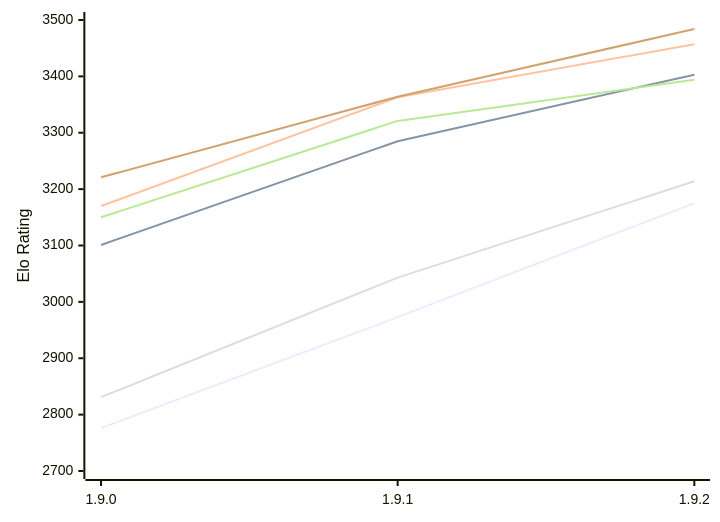
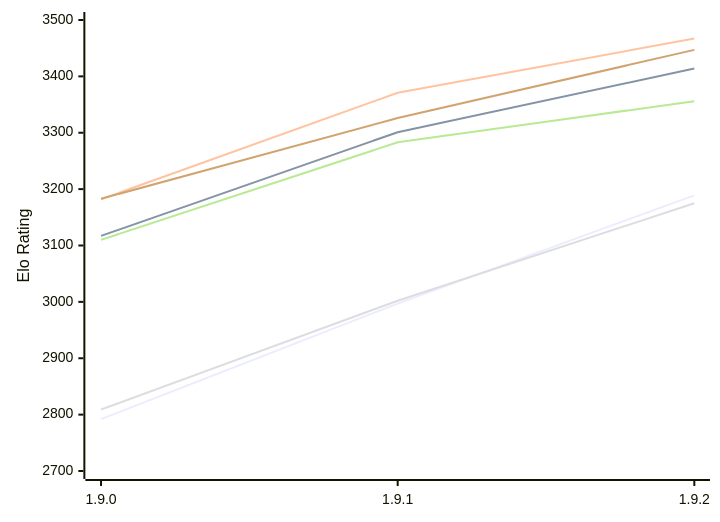
Before and after one commit to computer-chess-index/cci: the diagram in engines/Superpawn.md, drawn with Mermaid. The commit also changed other lines of this file, not shown here.

Commit message:
Update CCI Ratings (ELO VLTC) - 2026-11-14

````diff
--- a/engines/Superpawn.md
+++ b/engines/Superpawn.md
@@ -51,12 +51,12 @@
 ```mermaid
 %%{init: {"theme":"base","themeVariables":{"seriesColors:['#a3a3a3','#222221','#faa371']}}}%%
 xychart-beta
   x-axis ["1.9.0", "1.9.1", "1.9.2"]
   y-axis "Elo Rating" 2700 --> 3500
-  line "E1: STC (8.0+0.08s)" [2776, 2973, 3175]
-  line "E1: LTC (60.0+0.60s)" [3101, 3285, 3403]
-  line "E1: VLTC (2m24s+1.12s)" [3170, 3363, 3457]
-  line "P1: STC (8.0+0.08s)" [2831, 3043, 3214]
-  line "P1: LTC (60.0+0.60s)" [3150, 3321, 3394]
-  line "P1: VLTC (2m24s+1.12s)" [3221, 3364, 3484]
+  line "E1: STC (8.0+0.08s)" [2792, 2997, 3189]
+  line "E1: LTC (60.0+0.60s)" [3117, 3301, 3414]
+  line "E1: VLTC (2m24s+1.12s)" [3182, 3371, 3467]
+  line "P1: STC (8.0+0.08s)" [2809, 3002, 3175]
+  line "P1: LTC (60.0+0.60s)" [3110, 3283, 3356]
+  line "P1: VLTC (2m24s+1.12s)" [3183, 3326, 3447]
 ```
````
